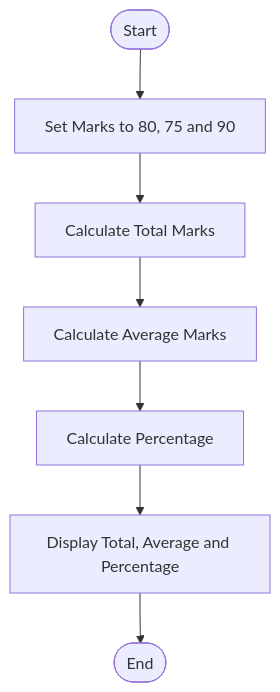
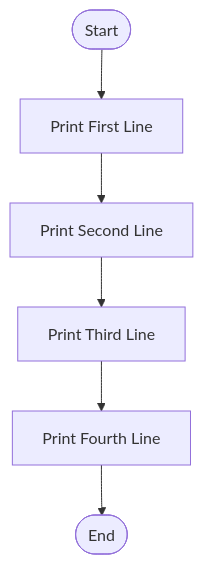
The third of 3 diagrams in Lab-01-Basic-C-Programming/README.md (tonmoy222/C-programming-lab-work-Batch-34), drawn with Mermaid before and after one commit. The commit also changed other lines of this file, not shown here.

````diff
--- a/Lab-01-Basic-C-Programming/README.md
+++ b/Lab-01-Basic-C-Programming/README.md
@@ -113,9 +60,8 @@
 ```mermaid
 flowchart TD
-    A([Start]) --> B["Set Marks to 80, 75 and 90"]
-    B --> C["Calculate Total Marks"]
-    C --> D["Calculate Average Marks"]
-    D --> E["Calculate Percentage"]
-    E --> F["Display Total, Average and Percentage"]
-    F --> G([End])
+    A([Start]) --> B["Print First Line"]
+    B --> C["Print Second Line"]
+    C --> D["Print Third Line"]
+    D --> E["Print Fourth Line"]
+    E --> F([End])
 ```
````
